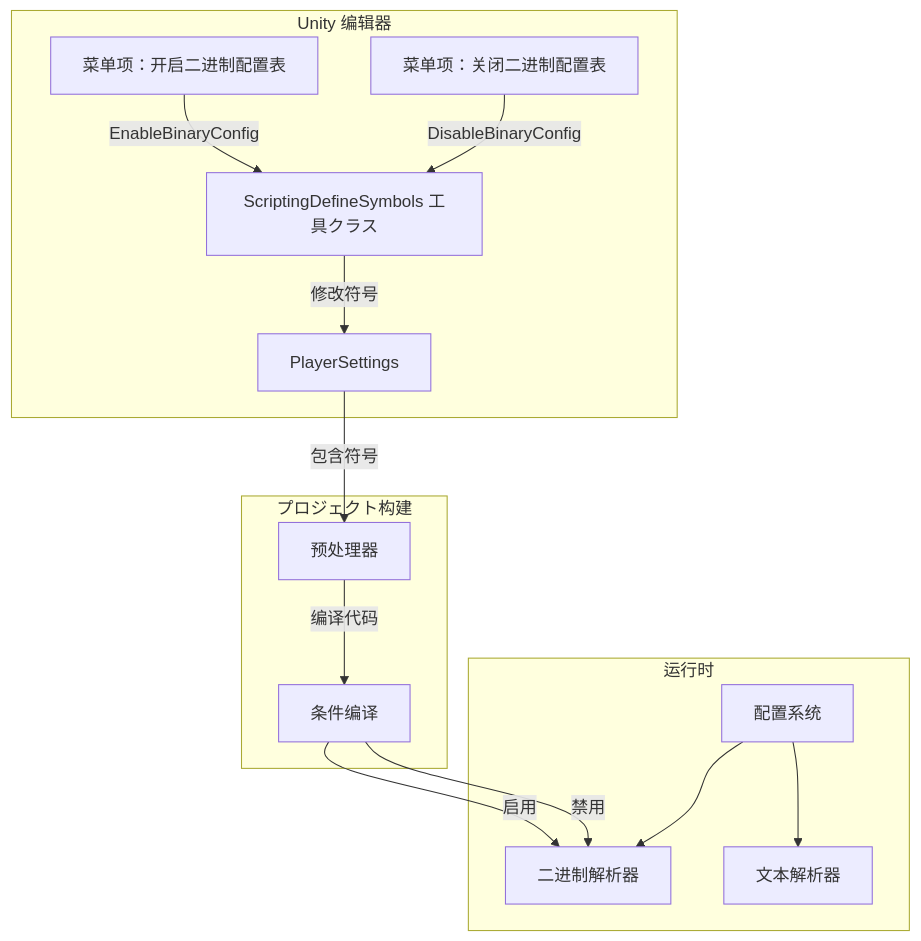
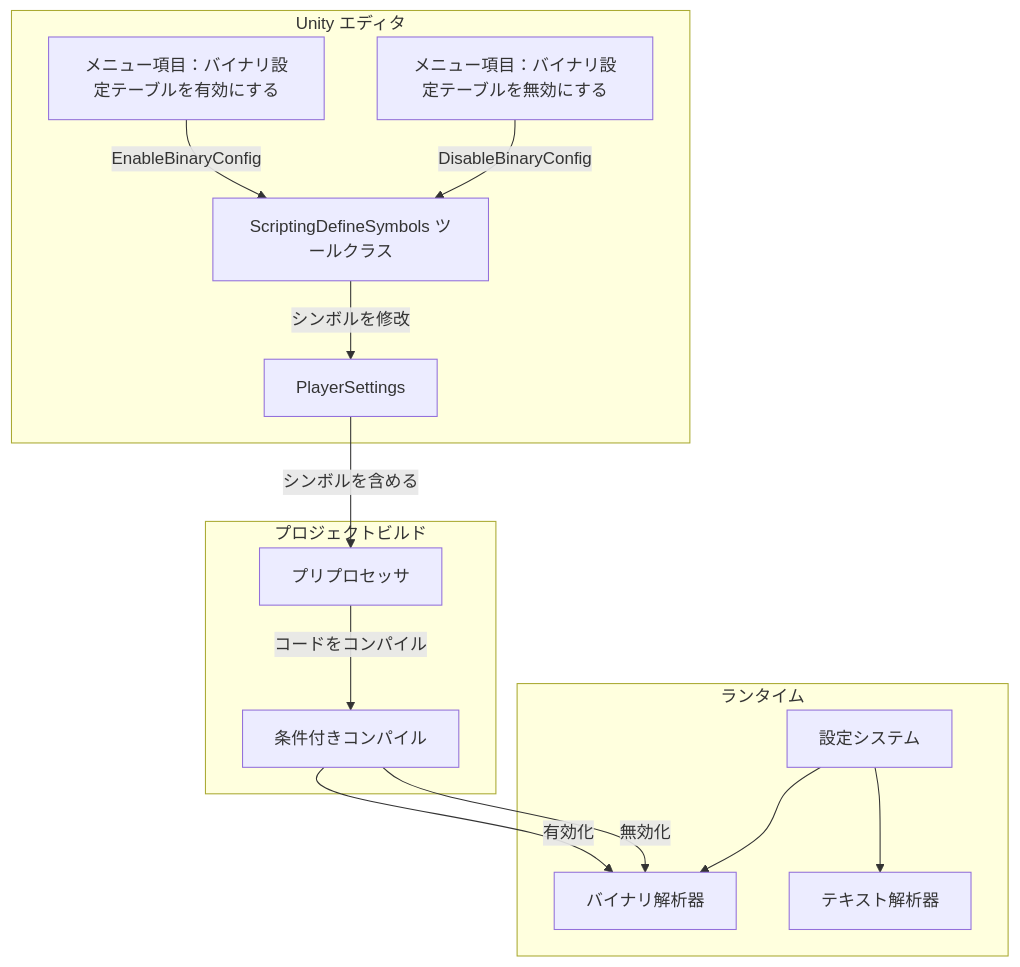
Before and after one commit to AlianBlank/GameFrameX.Docs: the first of 2 diagrams in docs/ja/client/unity/component/config/13.scripting-define-symbols.md, drawn with Mermaid. The commit also changed other lines of this file and 320 other files, not shown here.

````diff
--- a/docs/ja/client/unity/component/config/13.scripting-define-symbols.md
+++ b/docs/ja/client/unity/component/config/13.scripting-define-symbols.md
@@ -22,30 +22,30 @@
 ```mermaid
 flowchart TD
-    subgraph UnityEditor["Unity 编辑器"]
-        Menu1["菜单项：开启二进制配置表"]
-        Menu2["菜单项：关闭二进制配置表"]
-        SymbolMgr["ScriptingDefineSymbols 工具クラス"]
+    subgraph UnityEditor["Unity エディタ"]
+        Menu1["メニュー項目：バイナリ設定テーブルを有効にする"]
+        Menu2["メニュー項目：バイナリ設定テーブルを無効にする"]
+        SymbolMgr["ScriptingDefineSymbols ツールクラス"]
         PlayerSettings["PlayerSettings"]
     end
 
-    subgraph ProjectBuild["プロジェクト构建"]
-        Preprocessor["预处理器"]
-        Compile["条件编译"]
+    subgraph ProjectBuild["プロジェクトビルド"]
+        Preprocessor["プリプロセッサ"]
+        Compile["条件付きコンパイル"]
     end
 
-    subgraph Runtime["运行时"]
-        ConfigSys["配置系统"]
-        BinaryParser["二进制解析器"]
-        TextParser["文本解析器"]
+    subgraph Runtime["ランタイム"]
+        ConfigSys["設定システム"]
+        BinaryParser["バイナリ解析器"]
+        TextParser["テキスト解析器"]
     end
 
     Menu1 -->|EnableBinaryConfig| SymbolMgr
     Menu2 -->|DisableBinaryConfig| SymbolMgr
-    SymbolMgr -->|修改符号| PlayerSettings
-    PlayerSettings -->|包含符号| Preprocessor
-    Preprocessor -->|编译代码| Compile
-    Compile -->|启用| BinaryParser
-    Compile -->|禁用| BinaryParser
+    SymbolMgr -->|シンボルを修改| PlayerSettings
+    PlayerSettings -->|シンボルを含める| Preprocessor
+    Preprocessor -->|コードをコンパイル| Compile
+    Compile -->|有効化| BinaryParser
+    Compile -->|無効化| BinaryParser
     ConfigSys --> BinaryParser
     ConfigSys --> TextParser
 ```
````
